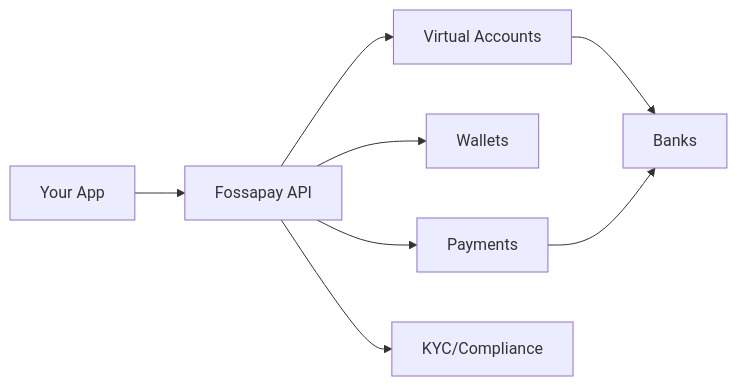
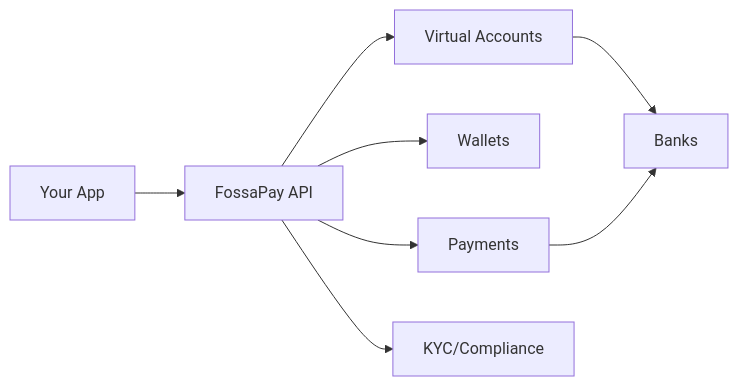
Before and after one commit to codewithmide/docs: the diagram in white-label/overview.mdx, drawn with Mermaid. The commit also changed other lines of this file and 23 other files, not shown here.

````diff
--- a/white-label/overview.mdx
+++ b/white-label/overview.mdx
@@ -142,10 +121,10 @@
 ```mermaid
 graph LR
-    A[Your App] --> B[Fossapay API]
+    A[Your App] --> B[FossaPay API]
     B --> C[Virtual Accounts]
     B --> D[Wallets]
     B --> E[Payments]
     B --> F[KYC/Compliance]
     C --> G[Banks]
     E --> G
 ```
````
